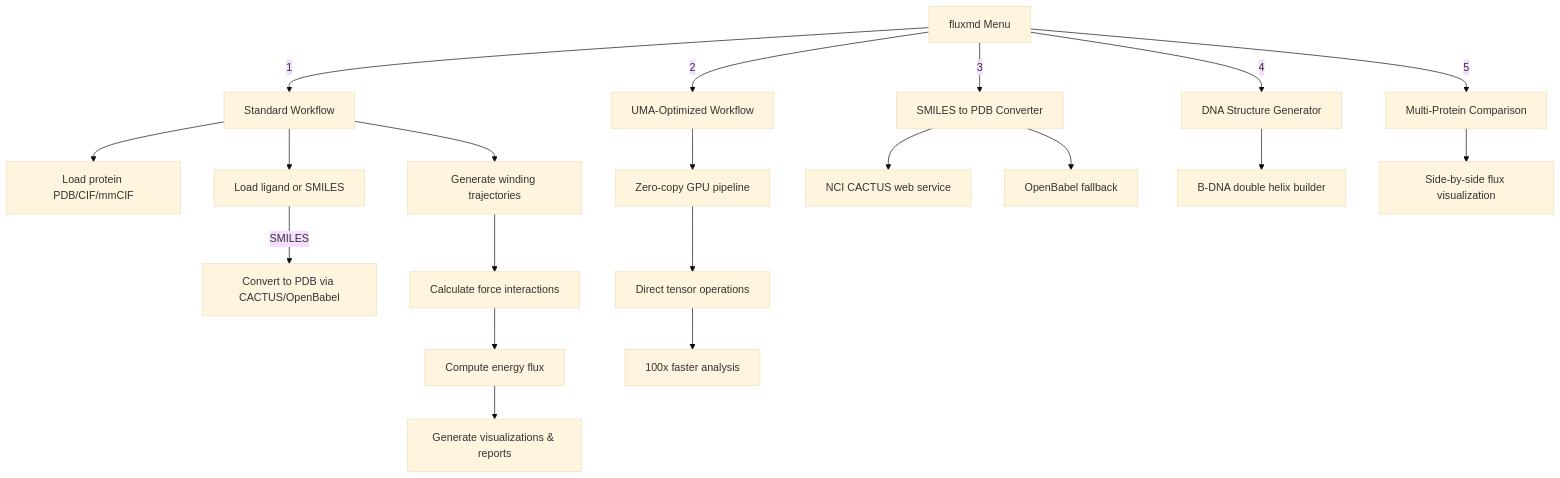
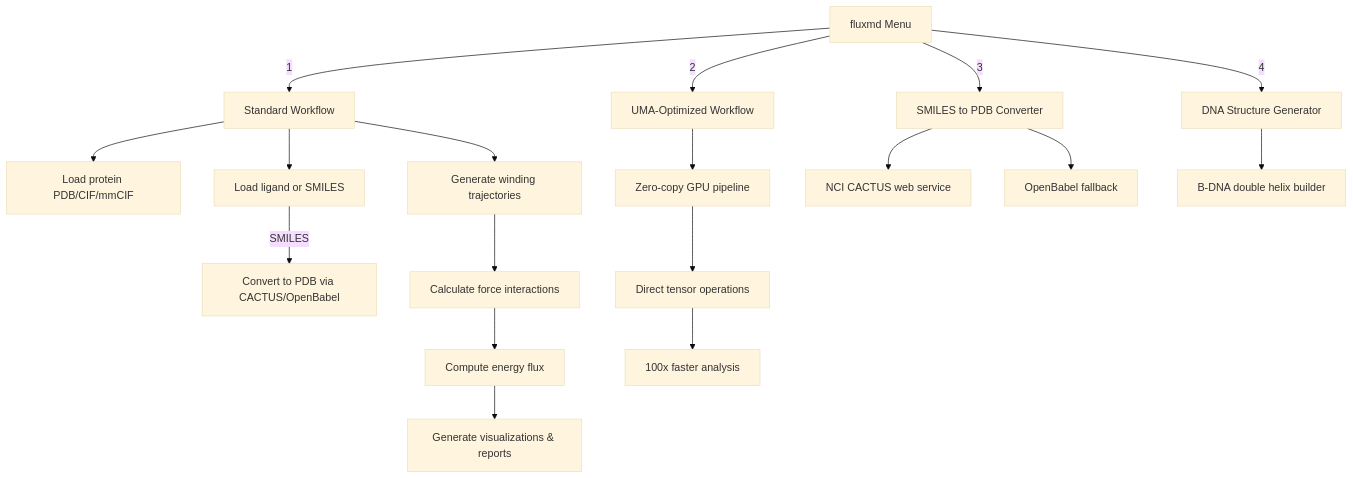
Before and after one commit to myunghyunj/FluxMD-simulation: the diagram in README.md, drawn with Mermaid (base theme). The commit also changed other lines of this file, not shown here.

````diff
--- a/README.md
+++ b/README.md
@@ -67,26 +67,23 @@
 ```mermaid
 graph TD
     Start[fluxmd Menu] -->|1| Standard[Standard Workflow]
     Standard --> Load1[Load protein PDB/CIF/mmCIF]
     Standard --> Load2[Load ligand or SMILES]
     Load2 -->|SMILES| Convert[Convert to PDB via CACTUS/OpenBabel]
     Standard --> Trajectory[Generate winding trajectories]
     Trajectory --> Forces[Calculate force interactions]
     Forces --> Analysis[Compute energy flux]
     Analysis --> Output[Generate visualizations & reports]
 
     Start -->|2| UMA[UMA-Optimized Workflow]
     UMA --> GPU[Zero-copy GPU pipeline]
     GPU --> Direct[Direct tensor operations]
     Direct --> Fast[100x faster analysis]
 
     Start -->|3| SMILES[SMILES to PDB Converter]
     SMILES --> CACTUS[NCI CACTUS web service]
     SMILES --> OpenBabel[OpenBabel fallback]
     
     Start -->|4| DNA[DNA Structure Generator]
     DNA --> Builder[B-DNA double helix builder]
-    
-    Start -->|5| Visualize[Multi-Protein Comparison]
-    Visualize --> Compare[Side-by-side flux visualization]
 ```
````
